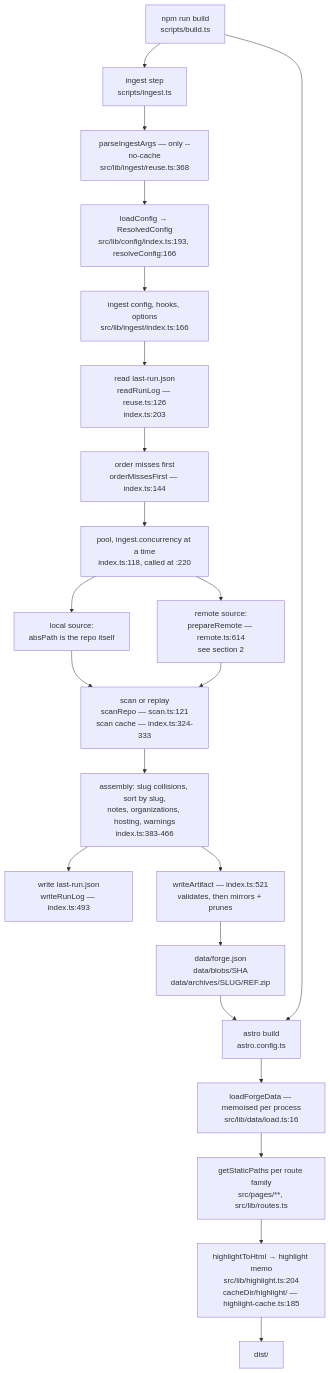
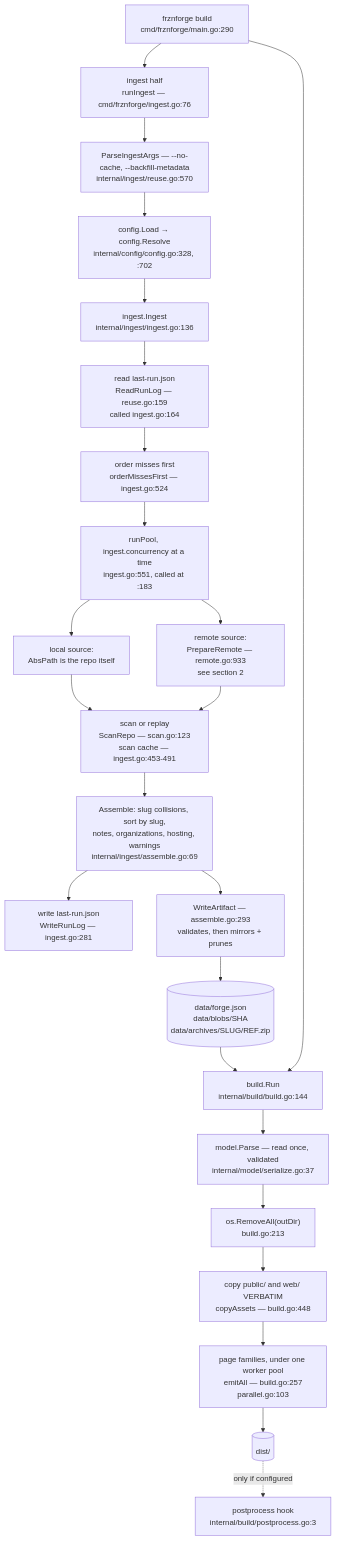
One commit to Descent098/frznforge changed the first of 2 diagrams in docs/dev/build-steps.md. Above: the diagram before and after it, drawn with Mermaid. The commit also changed other lines of this file and 98 other files, not shown here.

````diff
--- a/docs/dev/build-steps.md
+++ b/docs/dev/build-steps.md
@@ -32,31 +36,33 @@
 ```mermaid
 flowchart TD
-  BUILD["npm run build<br/>scripts/build.ts"] --> ING["ingest step<br/>scripts/ingest.ts"]
-  BUILD --> ASTRO
+  CLI["frznforge build<br/>cmd/frznforge/main.go:290"] --> ING["ingest half<br/>runIngest — cmd/frznforge/ingest.go:76"]
+  CLI --> RENDER
 
-  ING --> ARGS["parseIngestArgs — only --no-cache<br/>src/lib/ingest/reuse.ts:368"]
-  ARGS --> CFG["loadConfig → ResolvedConfig<br/>src/lib/config/index.ts:193, resolveConfig:166"]
-  CFG --> ENTRY["ingest config, hooks, options<br/>src/lib/ingest/index.ts:166"]
+  ING --> ARGS["ParseIngestArgs — --no-cache, --backfill-metadata<br/>internal/ingest/reuse.go:570"]
+  ARGS --> CFG["config.Load → config.Resolve<br/>internal/config/config.go:328, :702"]
+  CFG --> ENTRY["ingest.Ingest<br/>internal/ingest/ingest.go:136"]
 
-  ENTRY --> LOG1["read last-run.json<br/>readRunLog — reuse.ts:126<br/>index.ts:203"]
-  LOG1 --> ORDER["order misses first<br/>orderMissesFirst — index.ts:144"]
-  ORDER --> POOL["pool, ingest.concurrency at a time<br/>index.ts:118, called at :220"]
+  ENTRY --> LOG1["read last-run.json<br/>ReadRunLog — reuse.go:159<br/>called ingest.go:164"]
+  LOG1 --> ORDER["order misses first<br/>orderMissesFirst — ingest.go:524"]
+  ORDER --> POOL["runPool, ingest.concurrency at a time<br/>ingest.go:551, called at :183"]
 
-  POOL --> LOCAL["local source:<br/>absPath is the repo itself"]
-  POOL --> REMOTE["remote source:<br/>prepareRemote — remote.ts:614<br/>see section 2"]
+  POOL --> LOCAL["local source:<br/>AbsPath is the repo itself"]
+  POOL --> REMOTE["remote source:<br/>PrepareRemote — remote.go:933<br/>see section 2"]
 
   LOCAL --> SCAN
-  REMOTE --> SCAN["scan or replay<br/>scanRepo — scan.ts:121<br/>scan cache — index.ts:324-333"]
+  REMOTE --> SCAN["scan or replay<br/>ScanRepo — scan.go:123<br/>scan cache — ingest.go:453-491"]
 
-  SCAN --> ASM["assembly: slug collisions, sort by slug,<br/>notes, organizations, hosting, warnings<br/>index.ts:383-466"]
-  ASM --> LOG2["write last-run.json<br/>writeRunLog — index.ts:493"]
-  ASM --> WRITE["writeArtifact — index.ts:521<br/>validates, then mirrors + prunes"]
+  SCAN --> ASM["Assemble: slug collisions, sort by slug,<br/>notes, organizations, hosting, warnings<br/>internal/ingest/assemble.go:69"]
+  ASM --> LOG2["write last-run.json<br/>WriteRunLog — ingest.go:281"]
+  ASM --> WRITE["WriteArtifact — assemble.go:293<br/>validates, then mirrors + prunes"]
 
-  WRITE --> ART["data/forge.json<br/>data/blobs/SHA<br/>data/archives/SLUG/REF.zip"]
+  WRITE --> ART[("data/forge.json<br/>data/blobs/SHA<br/>data/archives/SLUG/REF.zip")]
 
-  ART --> ASTRO["astro build<br/>astro.config.ts"]
-  ASTRO --> LOAD["loadForgeData — memoised per process<br/>src/lib/data/load.ts:16"]
-  LOAD --> PAGES["getStaticPaths per route family<br/>src/pages/**, src/lib/routes.ts"]
-  PAGES --> HL["highlightToHtml → highlight memo<br/>src/lib/highlight.ts:204<br/>cacheDir/highlight/ — highlight-cache.ts:185"]
-  HL --> DIST["dist/"]
+  ART --> RENDER["build.Run<br/>internal/build/build.go:144"]
+  RENDER --> PARSE["model.Parse — read once, validated<br/>internal/model/serialize.go:37"]
+  PARSE --> WIPE["os.RemoveAll(outDir)<br/>build.go:213"]
+  WIPE --> ASSETS["copy public/ and web/ VERBATIM<br/>copyAssets — build.go:448"]
+  ASSETS --> FAM["page families, under one worker pool<br/>emitAll — build.go:257<br/>parallel.go:103"]
+  FAM --> DIST[("dist/")]
+  DIST -.only if configured.-> POST["postprocess hook<br/>internal/build/postprocess.go:3"]
 ```
````
